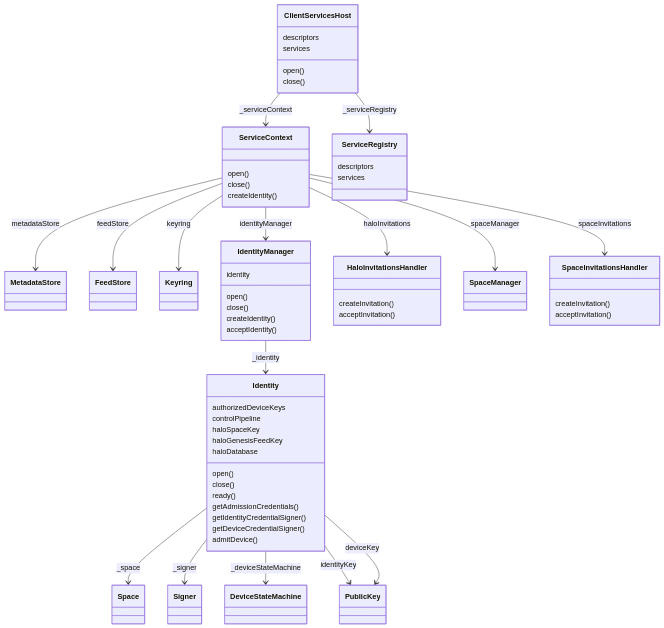
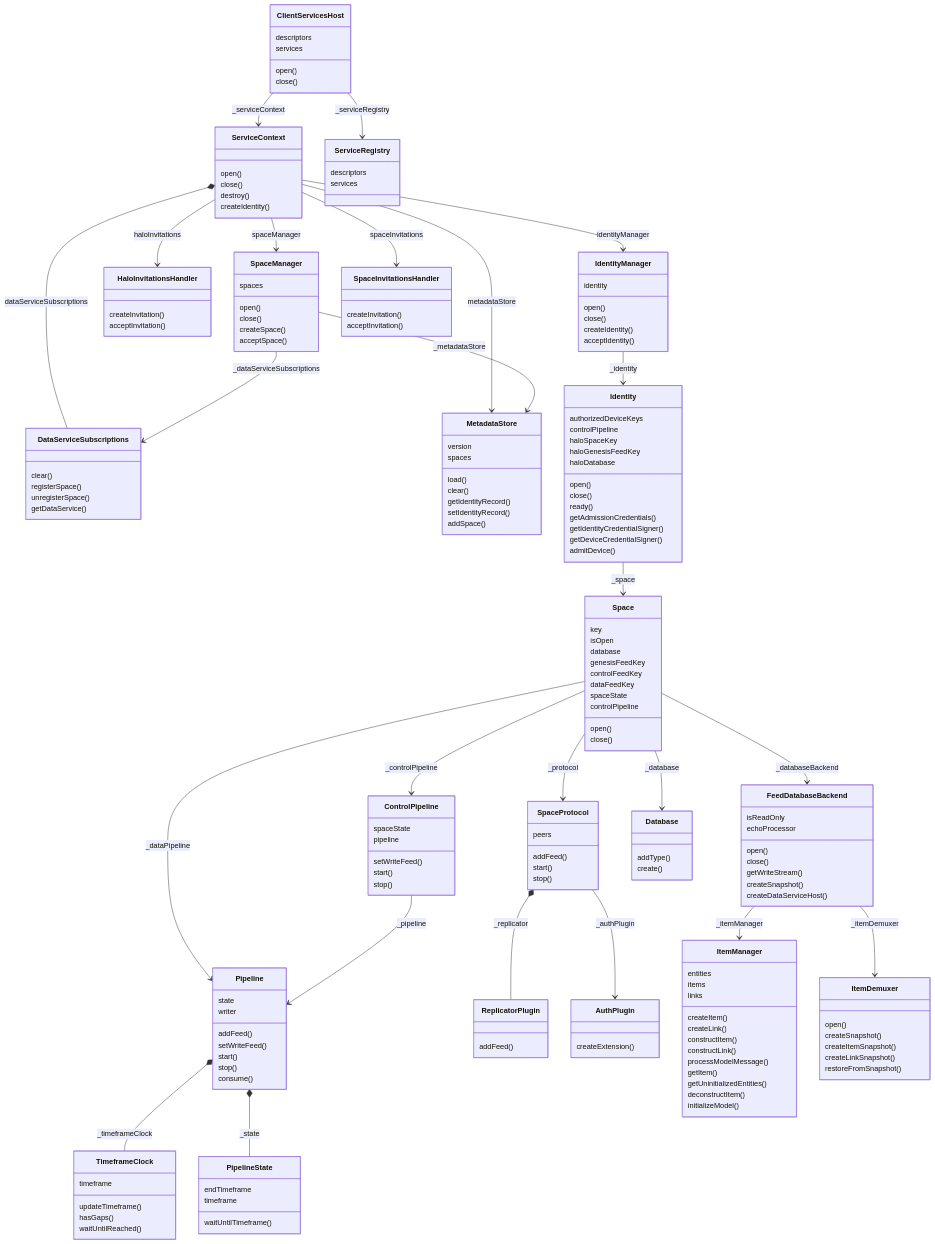
One commit to dxos/dxos changed the first of 2 diagrams in packages/sdk/client-services/docs/README.md. Above: the diagram before and after it, drawn with Mermaid. The commit also changed 15 other files, not shown here.

```diff
--- a/packages/sdk/client-services/docs/README.md
+++ b/packages/sdk/client-services/docs/README.md
@@ -18,15 +18,30 @@
 class ServiceContext {
   open()
   close()
+  destroy()
   createIdentity()
 }
+ServiceContext *-- DataServiceSubscriptions : dataServiceSubscriptions
 ServiceContext --> MetadataStore : metadataStore
-ServiceContext --> FeedStore : feedStore
-ServiceContext --> Keyring : keyring
 ServiceContext --> IdentityManager : identityManager
 ServiceContext --> HaloInvitationsHandler : haloInvitations
 ServiceContext --> SpaceManager : spaceManager
 ServiceContext --> SpaceInvitationsHandler : spaceInvitations
+class DataServiceSubscriptions {
+  clear()
+  registerSpace()
+  unregisterSpace()
+  getDataService()
+}
+class MetadataStore {
+  version
+  spaces
+  load()
+  clear()
+  getIdentityRecord()
+  setIdentityRecord()
+  addSpace()
+}
 class IdentityManager {
   identity
   open()
@@ -50,14 +65,116 @@
   admitDevice()
 }
 Identity --> Space : _space
-Identity --> Signer : _signer
-Identity --> DeviceStateMachine : _deviceStateMachine
-Identity --> PublicKey : identityKey
-Identity --> PublicKey : deviceKey
+class Space {
+  key
+  isOpen
+  database
+  genesisFeedKey
+  controlFeedKey
+  dataFeedKey
+  spaceState
+  controlPipeline
+  open()
+  close()
+}
+Space --> ControlPipeline : _controlPipeline
+Space --> SpaceProtocol : _protocol
+Space --> Pipeline : _dataPipeline
+Space --> FeedDatabaseBackend : _databaseBackend
+Space --> Database : _database
+class ControlPipeline {
+  spaceState
+  pipeline
+  setWriteFeed()
+  start()
+  stop()
+}
+ControlPipeline --> Pipeline : _pipeline
+class Pipeline {
+  state
+  writer
+  addFeed()
+  setWriteFeed()
+  start()
+  stop()
+  consume()
+}
+Pipeline *-- TimeframeClock : _timeframeClock
+Pipeline *-- PipelineState : _state
+class TimeframeClock {
+  timeframe
+  updateTimeframe()
+  hasGaps()
+  waitUntilReached()
+}
+class PipelineState {
+  endTimeframe
+  timeframe
+  waitUntilTimeframe()
+}
+class SpaceProtocol {
+  peers
+  addFeed()
+  start()
+  stop()
+}
+SpaceProtocol *-- ReplicatorPlugin : _replicator
+SpaceProtocol --> AuthPlugin : _authPlugin
+class ReplicatorPlugin {
+  addFeed()
+}
+class AuthPlugin {
+  createExtension()
+}
+class FeedDatabaseBackend {
+  isReadOnly
+  echoProcessor
+  open()
+  close()
+  getWriteStream()
+  createSnapshot()
+  createDataServiceHost()
+}
+FeedDatabaseBackend --> ItemManager : _itemManager
+FeedDatabaseBackend --> ItemDemuxer : _itemDemuxer
+class ItemManager {
+  entities
+  items
+  links
+  createItem()
+  createLink()
+  constructItem()
+  constructLink()
+  processModelMessage()
+  getItem()
+  getUninitializedEntities()
+  deconstructItem()
+  initializeModel()
+}
+class ItemDemuxer {
+  open()
+  createSnapshot()
+  createItemSnapshot()
+  createLinkSnapshot()
+  restoreFromSnapshot()
+}
+class Database {
+  addType()
+  create()
+}
 class HaloInvitationsHandler {
   createInvitation()
   acceptInvitation()
 }
+class SpaceManager {
+  spaces
+  open()
+  close()
+  createSpace()
+  acceptSpace()
+}
+SpaceManager --> MetadataStore : _metadataStore
+SpaceManager --> DataServiceSubscriptions : _dataServiceSubscriptions
 class SpaceInvitationsHandler {
   createInvitation()
   acceptInvitation()
```
